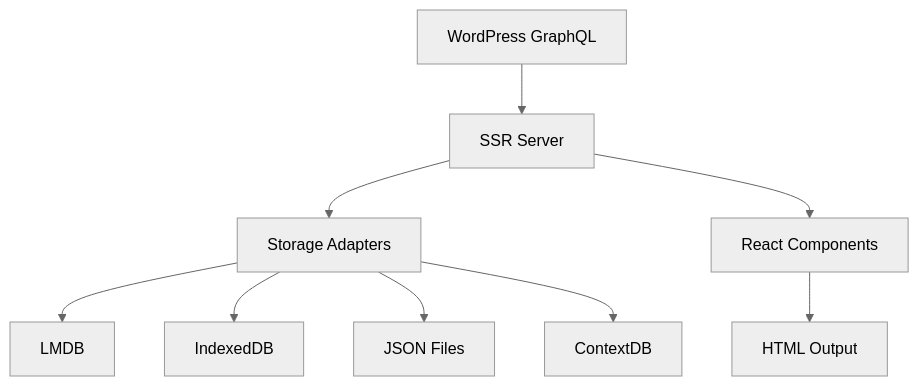
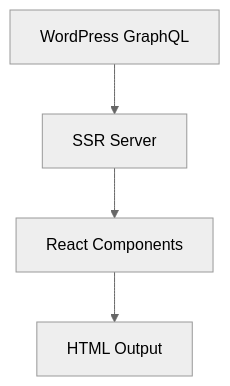
The diagram in docs/getting-started/introduction.md (buildy-ui/ssr-starter), drawn with Mermaid (neutral theme) before and after one commit. The commit also changed other lines of this file and 13 other files, not shown here.

````diff
--- a/docs/getting-started/introduction.md
+++ b/docs/getting-started/introduction.md
@@ -33,11 +32,6 @@
 ```mermaid
 graph TB
     A[WordPress GraphQL] --> B[SSR Server]
-    B --> C[Storage Adapters]
-    B --> D[React Components]
-    D --> E[HTML Output]
-    C --> F[LMDB]
-    C --> G[IndexedDB]
-    C --> H[JSON Files]
-    C --> I[ContextDB]
+    B --> C[React Components]
+    C --> D[HTML Output]
 ```
````
